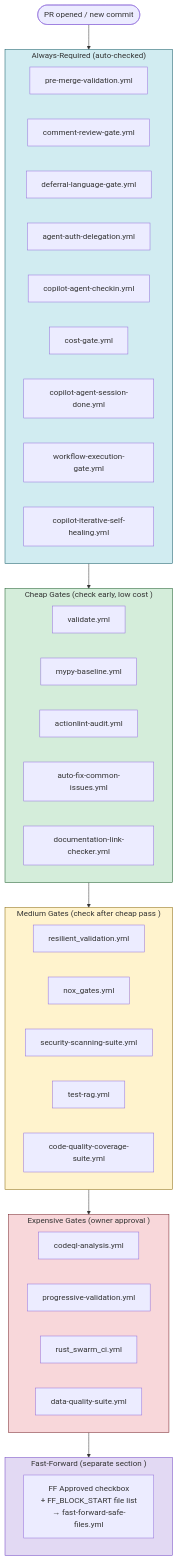
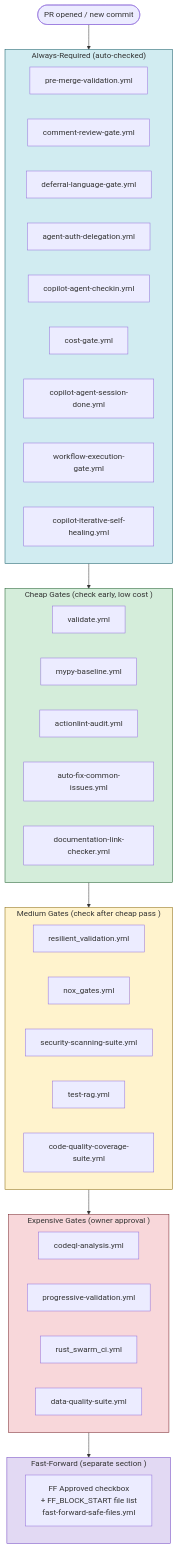
The seventh of 14 diagrams in docs/ci/PR_LIFECYCLE.md (Aries-Serpent/_codex_), drawn with Mermaid before and after one commit. The commit also changed other lines of this file and 4117 other files, not shown here.

````diff
--- a/docs/ci/PR_LIFECYCLE.md
+++ b/docs/ci/PR_LIFECYCLE.md
@@ -1859,54 +1940,56 @@
 ```mermaid
 %%{init: {'accessibility': {'title': 'Flowchart showing PR opened / new commit, "Always-Required (auto-checked)"'}}%%
+
 flowchart TD
-    START([PR opened / new commit]) --> ALWAYS
-    subgraph ALWAYS ["Always-Required (auto-checked)"]
-        direction LR
-        A1[pre-merge-validation.yml]
-        A2[comment-review-gate.yml]
-        A3[deferral-language-gate.yml]
-        A4[agent-auth-delegation.yml]
-        A5[copilot-agent-checkin.yml]
-        A6[cost-gate.yml]
-        A7[copilot-agent-session-done.yml]
-        A8[workflow-execution-gate.yml]
-        A9[copilot-iterative-self-healing.yml]
-    end
 
-    ALWAYS --> CHEAP
-    subgraph CHEAP ["Cheap Gates (check early, low cost )"]
-        C1[validate.yml]
-        C2[mypy-baseline.yml]
-        C3[actionlint-audit.yml]
-        C4[auto-fix-common-issues.yml]
-        C5[documentation-link-checker.yml]
-    end
+ START([PR opened / new commit]) --> ALWAYS
+ subgraph ALWAYS ["Always-Required (auto-checked)"]
+ direction LR
+ A1[pre-merge-validation.yml]
+ A2[comment-review-gate.yml]
+ A3[deferral-language-gate.yml]
+ A4[agent-auth-delegation.yml]
+ A5[copilot-agent-checkin.yml]
+ A6[cost-gate.yml]
+ A7[copilot-agent-session-done.yml]
+ A8[workflow-execution-gate.yml]
+ A9[copilot-iterative-self-healing.yml]
+ end
 
-    CHEAP --> MEDIUM
-    subgraph MEDIUM ["Medium Gates (check after cheap pass )"]
-        M1[resilient_validation.yml]
-        M2[nox_gates.yml]
-        M3[security-scanning-suite.yml]
-        M4[test-rag.yml]
-        M5[code-quality-coverage-suite.yml]
-    end
+ ALWAYS --> CHEAP
+ subgraph CHEAP ["Cheap Gates (check early, low cost )"]
+ C1[validate.yml]
+ C2[mypy-baseline.yml]
+ C3[actionlint-audit.yml]
+ C4[auto-fix-common-issues.yml]
+ C5[documentation-link-checker.yml]
+ end
 
-    MEDIUM --> EXPENSIVE
-    subgraph EXPENSIVE ["Expensive Gates (owner approval )"]
-        E1[codeql-analysis.yml]
-        E2[progressive-validation.yml]
-        E3[rust_swarm_ci.yml]
-        E4[data-quality-suite.yml]
-    end
+ CHEAP --> MEDIUM
+ subgraph MEDIUM ["Medium Gates (check after cheap pass )"]
+ M1[resilient_validation.yml]
+ M2[nox_gates.yml]
+ M3[security-scanning-suite.yml]
+ M4[test-rag.yml]
+ M5[code-quality-coverage-suite.yml]
+ end
 
-    EXPENSIVE --> FF
-    subgraph FF ["Fast-Forward (separate section )"]
-        F1[" FF Approved checkbox\n+ FF_BLOCK_START file list\n→ fast-forward-safe-files.yml"]
-    end
+ MEDIUM --> EXPENSIVE
+ subgraph EXPENSIVE ["Expensive Gates (owner approval )"]
+ E1[codeql-analysis.yml]
+ E2[progressive-validation.yml]
+ E3[rust_swarm_ci.yml]
+ E4[data-quality-suite.yml]
+ end
 
-    style ALWAYS fill:#d1ecf1,stroke:#0c5460
-    style CHEAP fill:#d4edda,stroke:#155724
-    style MEDIUM fill:#fff3cd,stroke:#856404
-    style EXPENSIVE fill:#f8d7da,stroke:#721c24
-    style FF fill:#e2d9f3,stroke:#6f42c1
+ EXPENSIVE --> FF
+ subgraph FF ["Fast-Forward (separate section )"]
+ F1[" FF Approved checkbox\n+ FF_BLOCK_START file list\n fast-forward-safe-files.yml"]
+ end
+
+ style ALWAYS fill:#d1ecf1,stroke:#0c5460
+ style CHEAP fill:#d4edda,stroke:#155724
+ style MEDIUM fill:#fff3cd,stroke:#856404
+ style EXPENSIVE fill:#f8d7da,stroke:#721c24
+ style FF fill:#e2d9f3,stroke:#6f42c1
 ```
````
